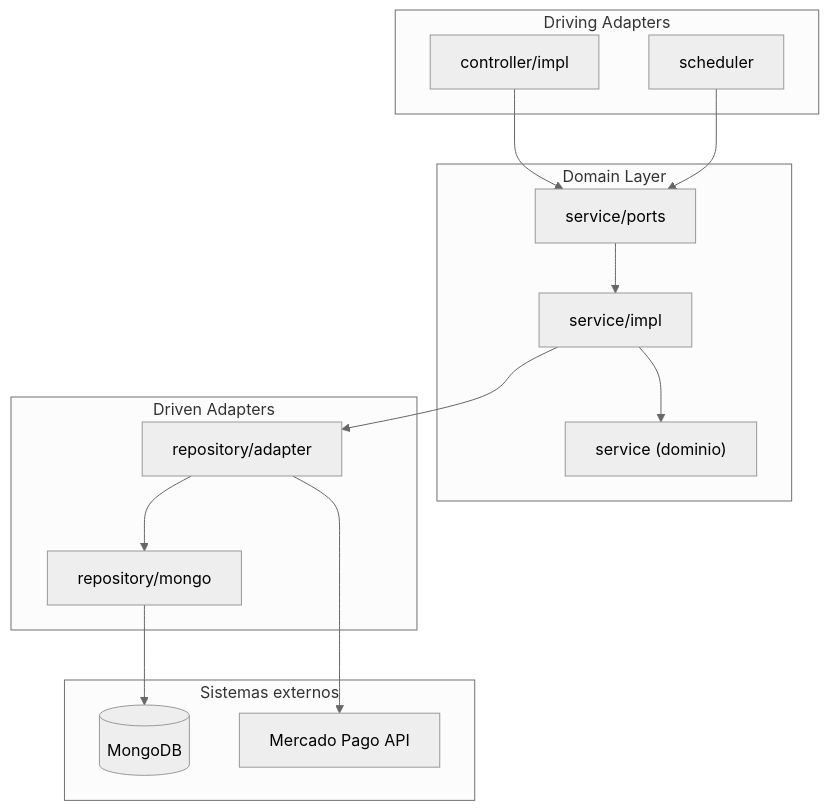
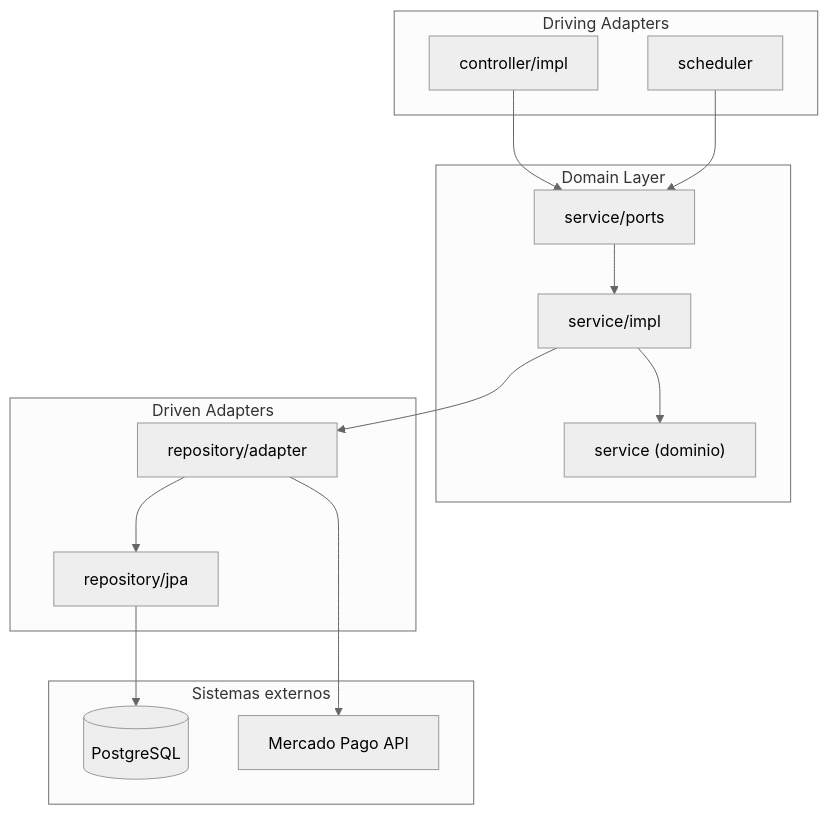
Before and after one commit to TECH-CUP-2026-INT/mk-payment-service: the diagram in docs/arquitectura.md, drawn with Mermaid (neutral theme). The commit also changed other lines of this file and 16 other files, not shown here.

````diff
--- a/docs/arquitectura.md
+++ b/docs/arquitectura.md
@@ -7,30 +7,30 @@
 ```mermaid
 flowchart TB
     subgraph driving["Driving Adapters"]
         IMPL["controller/impl"]
         SCHED["scheduler"]
     end
 
     subgraph domain["Domain Layer"]
         PORTS["service/ports"]
         SVC["service/impl"]
         DOM["service (dominio)"]
     end
 
     subgraph driven["Driven Adapters"]
-        MONGOREPO["repository/mongo"]
+        JPA_REPO["repository/jpa"]
         ADAPTER["repository/adapter"]
     end
 
     subgraph external["Sistemas externos"]
-        DB[("MongoDB")]
+        DB[("PostgreSQL")]
         MP["Mercado Pago API"]
     end
 
     IMPL --> PORTS
     SCHED --> PORTS
     PORTS --> SVC --> DOM
     SVC --> ADAPTER
-    ADAPTER --> MONGOREPO --> DB
+    ADAPTER --> JPA_REPO --> DB
     ADAPTER --> MP
 ```
````
